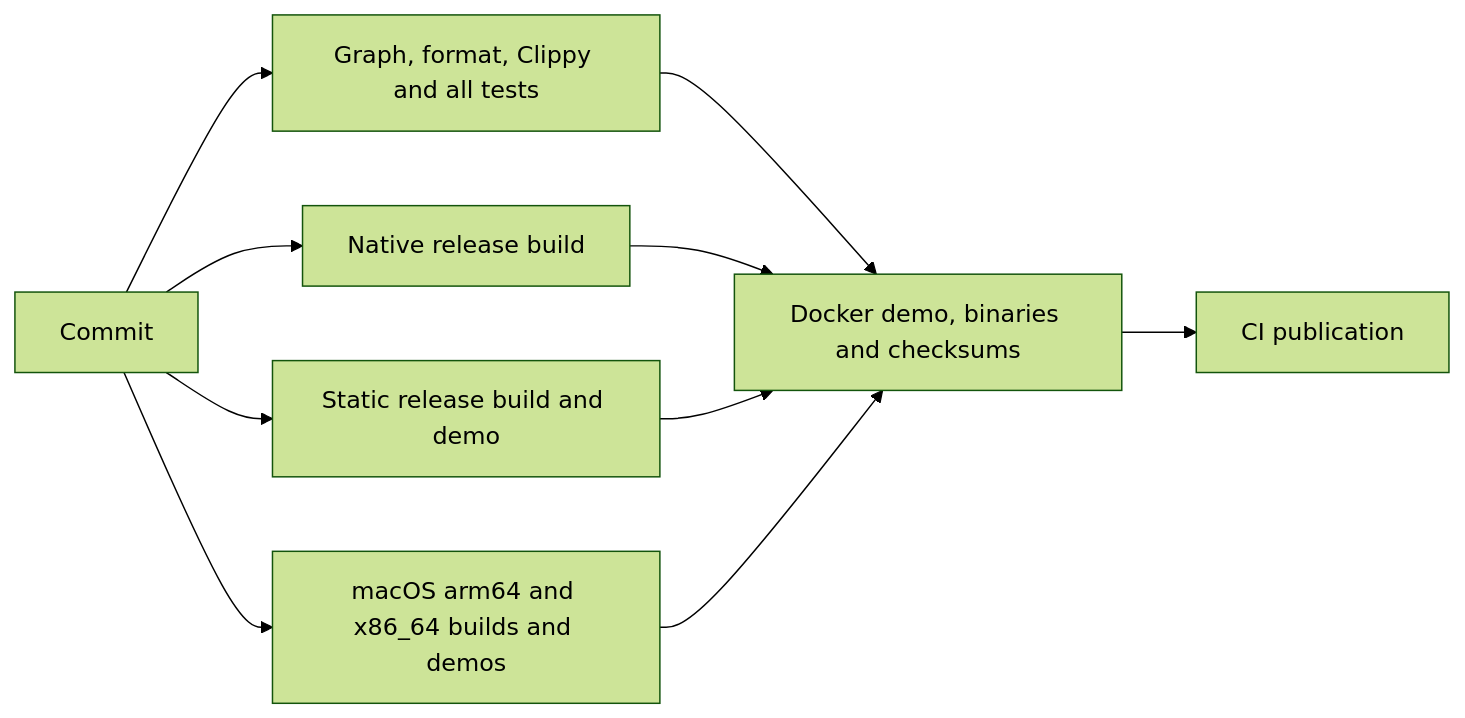
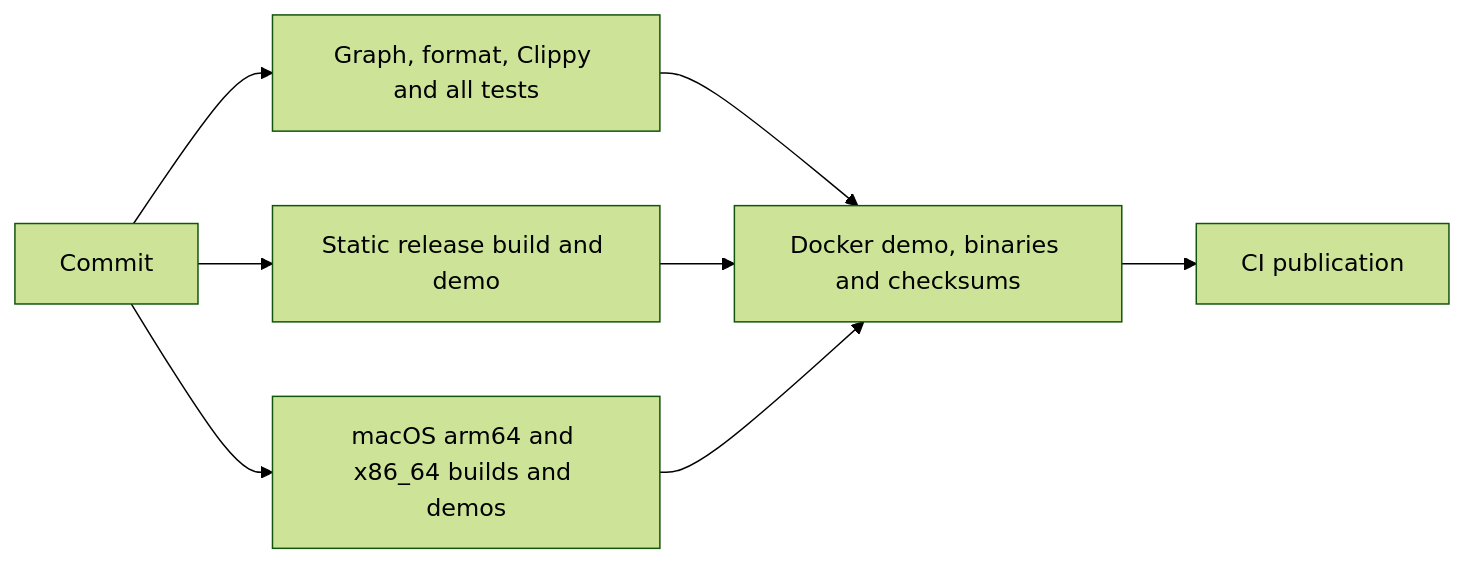
One commit to alecerf/mynou changed the diagram in docs/ci.md. Above: the diagram before and after it, drawn with Mermaid (forest theme). The commit also changed other lines of this file and 5 other files, not shown here.

````diff
--- a/docs/ci.md
+++ b/docs/ci.md
@@ -10,12 +10,10 @@
 ```mermaid
 flowchart LR
     Commit --> Validate[Graph, format, Clippy and all tests]
-    Commit --> Native[Native release build]
     Commit --> Static[Static release build and demo]
     Commit --> Mac[macOS arm64 and x86_64 builds and demos]
     Validate --> Package[Docker demo, binaries and checksums]
-    Native --> Package
     Static --> Package
     Mac --> Package
     Package --> Release[CI publication]
 ```
````
